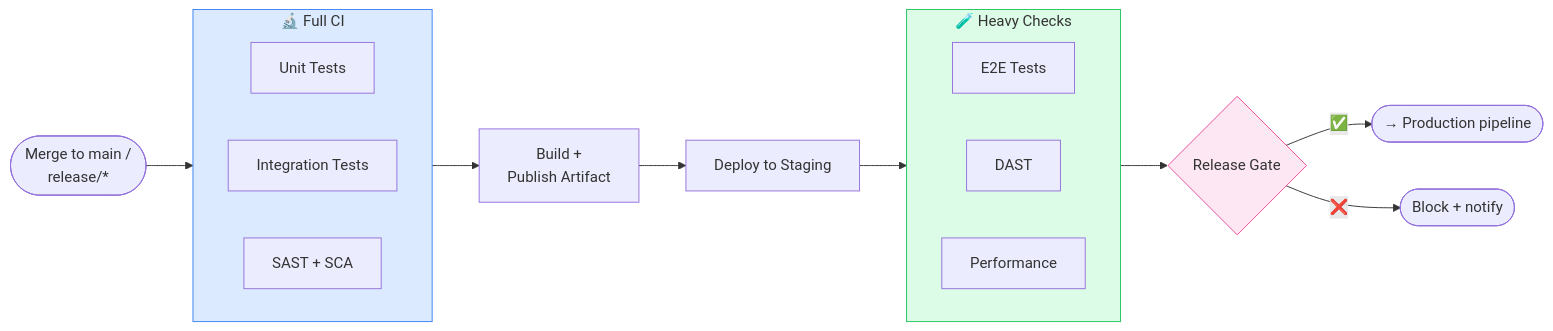
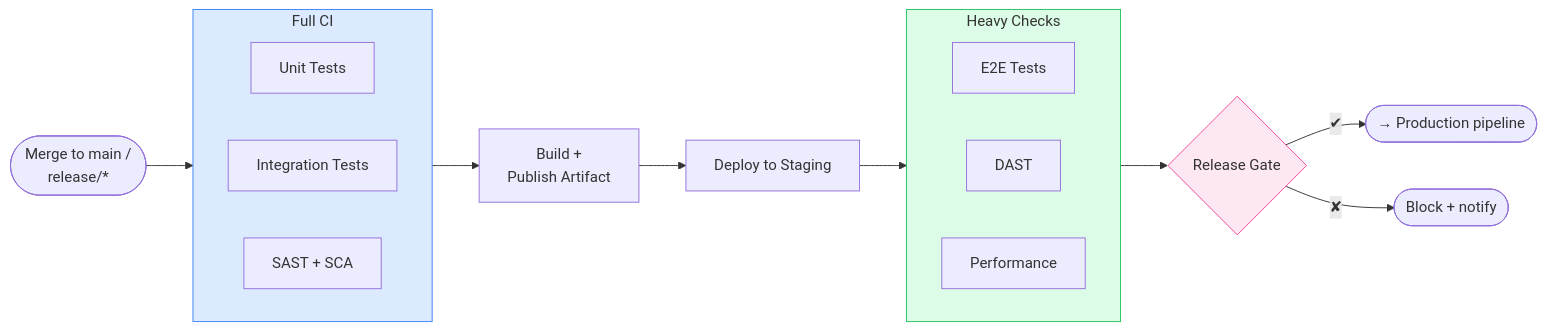
Before and after one commit to SavenkovIgor/railing: the third of 3 diagrams in skills/bp/references/cicd-bp.md, drawn with Mermaid. The commit also changed other lines of this file and 2 other files, not shown here.

````diff
--- a/skills/bp/references/cicd-bp.md
+++ b/skills/bp/references/cicd-bp.md
@@ -284,28 +284,28 @@
 ```mermaid
 flowchart LR
     MERGE([Merge to main /
 release/*]) --> FULL_CI
 
-    subgraph FULL_CI ["🔬 Full CI"]
+    subgraph FULL_CI ["Full CI"]
         direction LR
         UU[Unit Tests] & IT[Integration Tests] & SS[SAST + SCA]
     end
 
     FULL_CI --> BUILD_ART[Build +
 Publish Artifact]
     BUILD_ART --> STG[Deploy to Staging]
     STG --> HEAVY
 
-    subgraph HEAVY ["🧪 Heavy Checks"]
+    subgraph HEAVY ["Heavy Checks"]
         direction LR
         E2E[E2E Tests] & DAST2[DAST] & PERF[Performance]
     end
 
     HEAVY --> GATE{Release Gate}
-    GATE -- ✅ --> PROD_FLOW([→ Production pipeline])
-    GATE -- ❌ --> BLOCK([Block + notify])
+    GATE -- ✔ --> PROD_FLOW([→ Production pipeline])
+    GATE -- ✘ --> BLOCK([Block + notify])
 
     style FULL_CI fill:#dbeafe,stroke:#3b82f6
     style HEAVY fill:#dcfce7,stroke:#22c55e
     style GATE fill:#fce7f3,stroke:#ec4899
 ```
````
